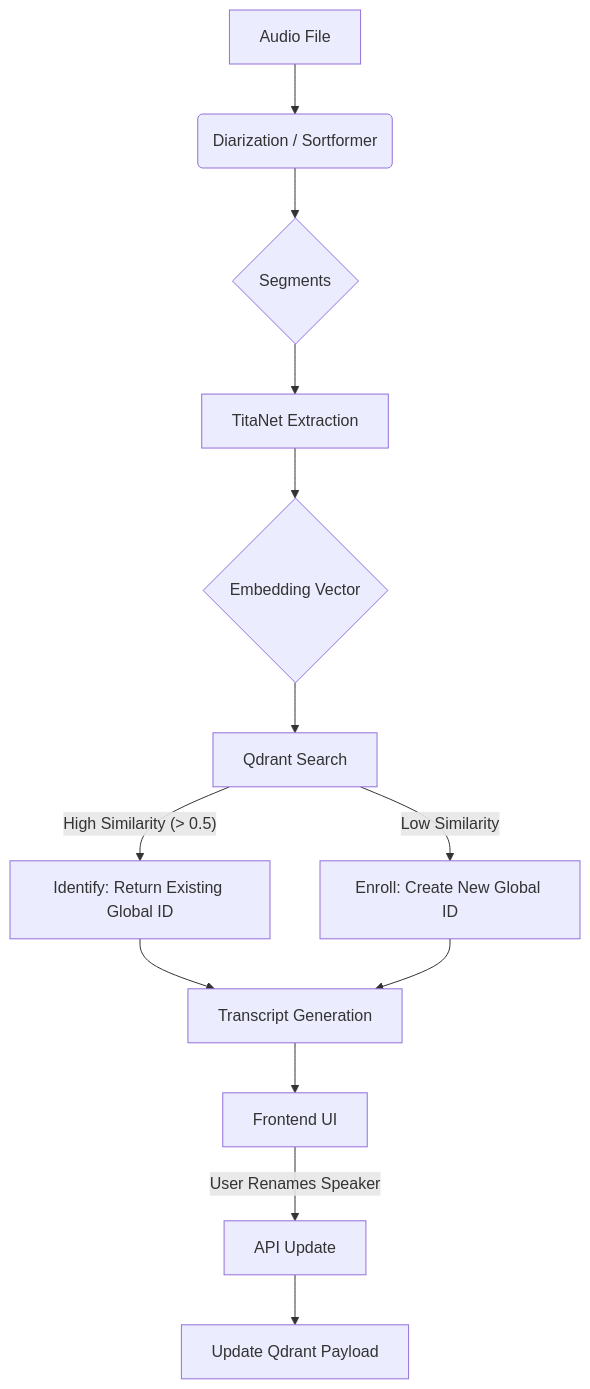
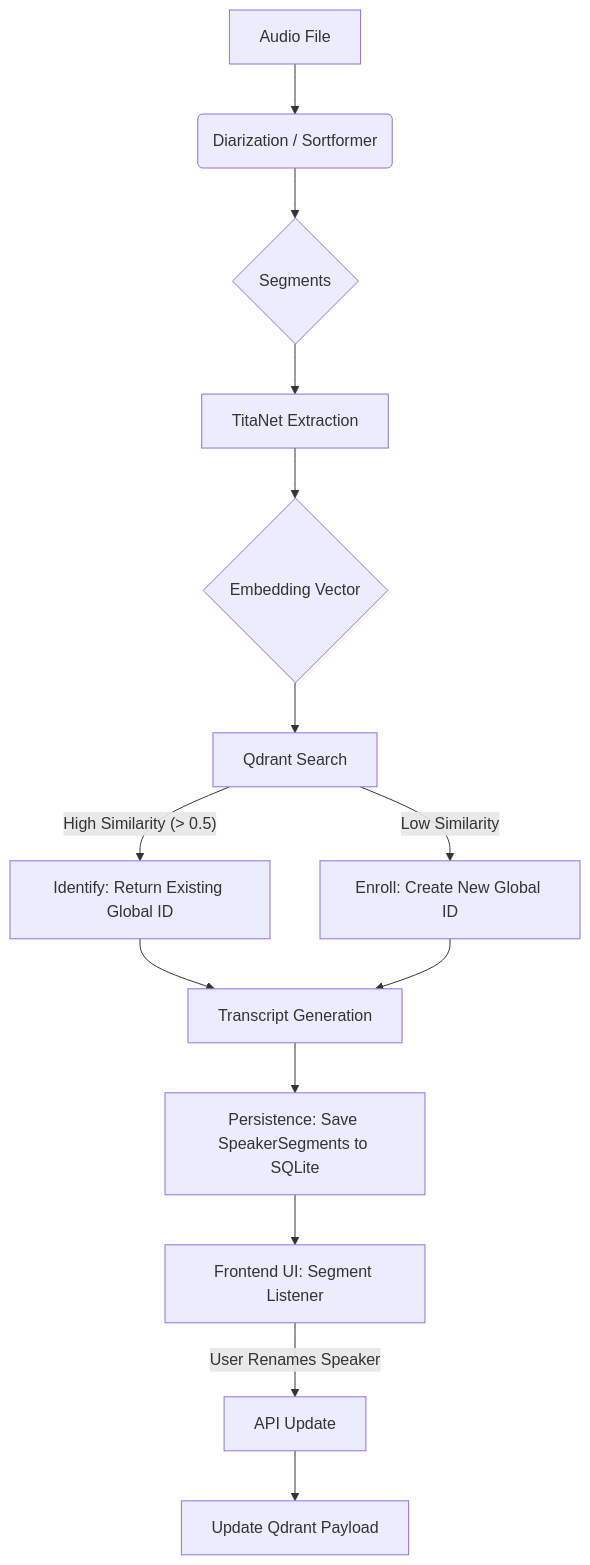
Before and after one commit to paulirish/Scriberr: the diagram in docs/life_of_a_speaker.md, drawn with Mermaid. The commit also changed other lines of this file and 2 other files, not shown here.

Commit message:
backfill speaker segments

````diff
--- a/docs/life_of_a_speaker.md
+++ b/docs/life_of_a_speaker.md
@@ -22,18 +23,19 @@
 ```mermaid
 graph TD
     A[Audio File] --> B(Diarization / Sortformer)
     B --> C{Segments}
     C --> D[TitaNet Extraction]
     D --> E{Embedding Vector}
     E --> F[Qdrant Search]
 
     F -- "High Similarity (> 0.5)" --> G[Identify: Return Existing Global ID]
     F -- "Low Similarity" --> H[Enroll: Create New Global ID]
 
     G --> I[Transcript Generation]
     H --> I
 
-    I --> J[Frontend UI]
-    J -- "User Renames Speaker" --> K[API Update]
-    K --> L[Update Qdrant Payload]
+    I --> J[Persistence: Save SpeakerSegments to SQLite]
+    J --> K[Frontend UI: Segment Listener]
+    K -- "User Renames Speaker" --> L[API Update]
+    L --> M[Update Qdrant Payload]
 ```
````
